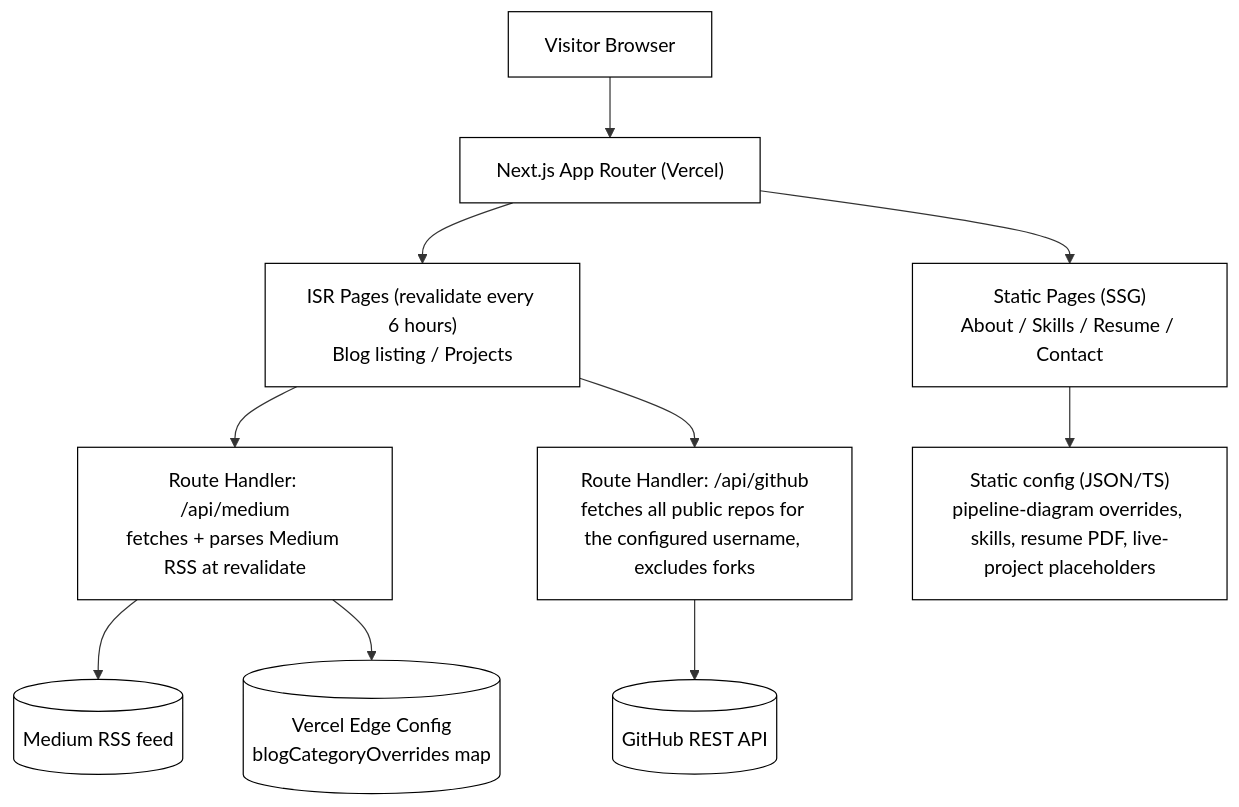
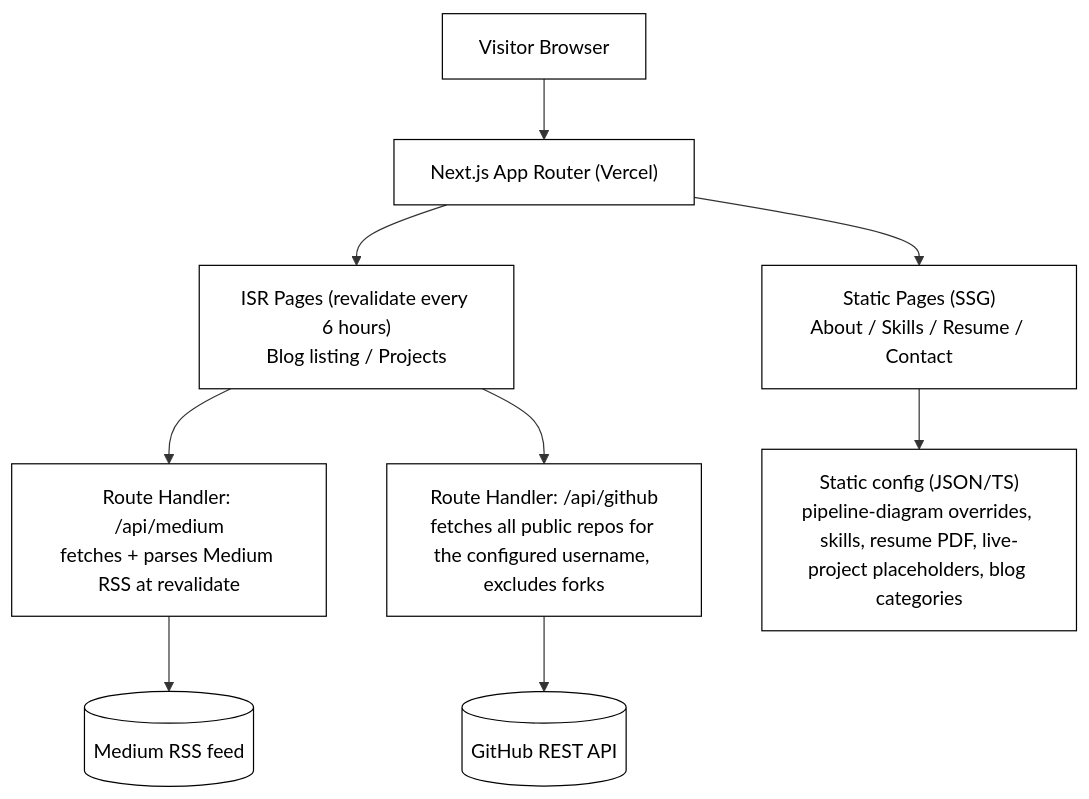
The diagram in docs/superpowers/specs/2026-08-11-portfolio-website-design.md (nadeem4/portfolio), drawn with Mermaid before and after one commit. The commit also changed other lines of this file and 1 other file, not shown here.

First line of the commit message:
Update docs for file-based blog categories

````diff
--- a/docs/superpowers/specs/2026-08-11-portfolio-website-design.md
+++ b/docs/superpowers/specs/2026-08-11-portfolio-website-design.md
@@ -31,15 +30,14 @@
 ```mermaid
 flowchart TD
     A["Visitor Browser"] --> B["Next.js App Router (Vercel)"]
     B --> C["Static Pages (SSG)<br/>About / Skills / Resume / Contact"]
     B --> D["ISR Pages (revalidate every 6 hours)<br/>Blog listing / Projects"]
     D --> E["Route Handler: /api/medium<br/>fetches + parses Medium RSS at revalidate"]
     D --> F["Route Handler: /api/github<br/>fetches all public repos for the configured username, excludes forks"]
-    C --> G["Static config (JSON/TS)<br/>pipeline-diagram overrides, skills, resume PDF, live-project placeholders"]
+    C --> G["Static config (JSON/TS)<br/>pipeline-diagram overrides, skills, resume PDF, live-project placeholders, blog categories"]
     E --> H[("Medium RSS feed")]
     F --> I[("GitHub REST API")]
-    E --> J[("Vercel Edge Config<br/>blogCategoryOverrides map")]
 
     classDef node fill:#fff,stroke:#000,color:#000;
-    class A,B,C,D,E,F,G,H,I,J node;
+    class A,B,C,D,E,F,G,H,I node;
 ```
````
